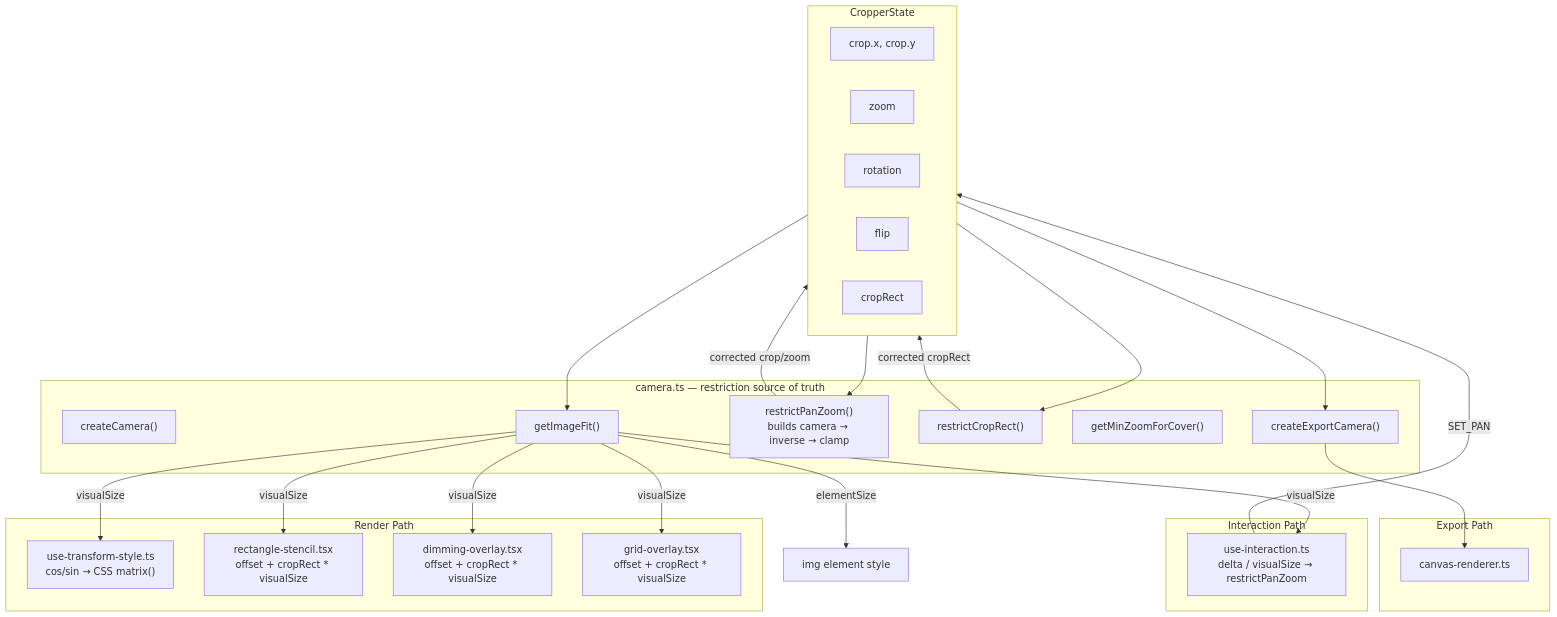
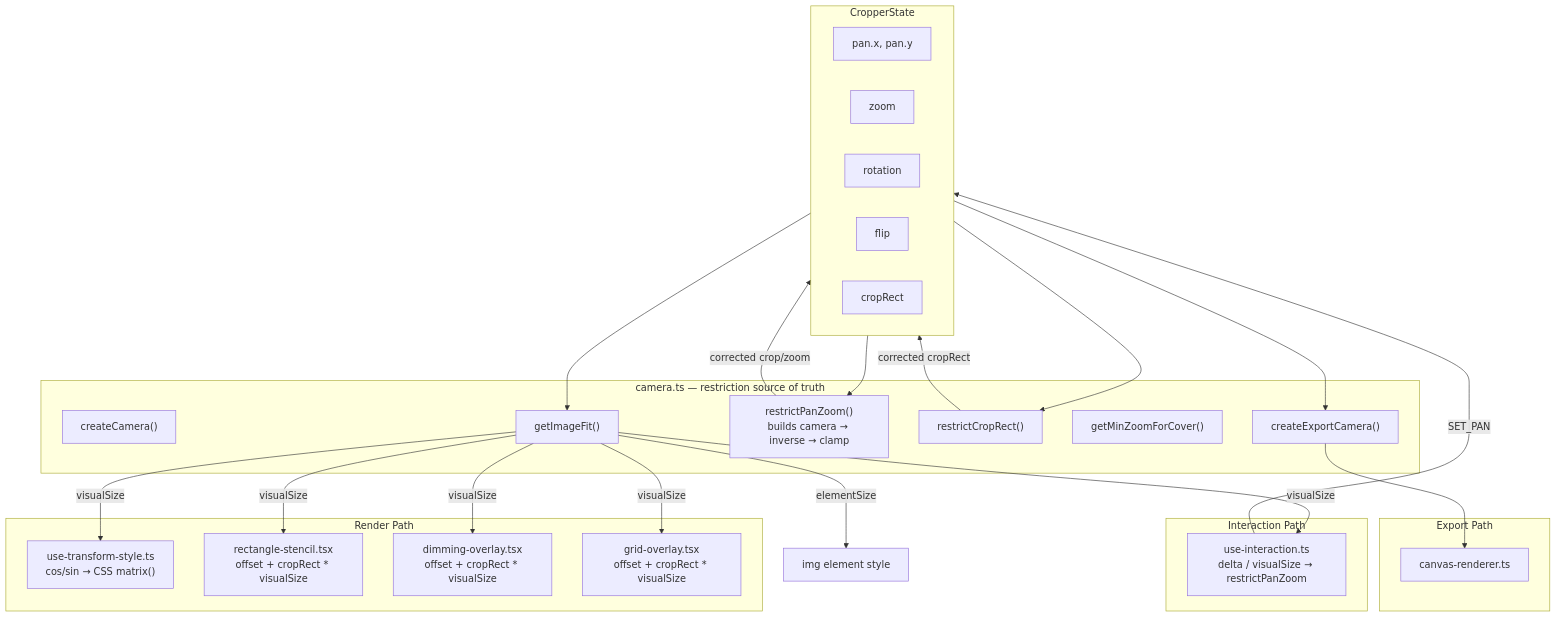
Before and after one commit to ramonjd/gutenberg: the diagram in packages/media-editor/src/image-editor/docs/architecture.md, drawn with Mermaid. The commit also changed 2 other files, not shown here.

Commit message:
docs(media-editor): clean up remaining crop→pan and a11y drift
Three stale spots left from earlier renames:
- README type summary listed `crop` instead of `pan` in
  CropperState; also added the base-pose fields.
- recipes.md a11y section still described role="application" and
  role="separator" resize handles; updated to reflect role="group"
  on the container and native <button> handles.
- architecture.md state diagram used `crop.x / crop.y`; renamed
  to `pan.x / pan.y`.

````diff
--- a/packages/media-editor/src/image-editor/docs/architecture.md
+++ b/packages/media-editor/src/image-editor/docs/architecture.md
@@ -15,51 +15,51 @@
 ```mermaid
 graph TD
     subgraph State["CropperState"]
-        crop["crop.x, crop.y"]
+        pan["pan.x, pan.y"]
         zoom["zoom"]
         rotation["rotation"]
         flip["flip"]
         cropRect["cropRect"]
     end
 
     subgraph Camera["camera.ts — restriction source of truth"]
         createCamera["createCamera()"]
         getImageFit["getImageFit()"]
         restrictPanZoom["restrictPanZoom()\nbuilds camera → inverse → clamp"]
         restrictCropRect["restrictCropRect()"]
         getMinZoomForCover["getMinZoomForCover()"]
         createExportCamera["createExportCamera()"]
     end
 
     subgraph Rendering["Render Path"]
         useTransformStyle["use-transform-style.ts\ncos/sin → CSS matrix()"]
         stencil["rectangle-stencil.tsx\noffset + cropRect * visualSize"]
         dimming["dimming-overlay.tsx\noffset + cropRect * visualSize"]
         grid["grid-overlay.tsx\noffset + cropRect * visualSize"]
     end
 
     subgraph Interaction["Interaction Path"]
         useInteraction["use-interaction.ts\ndelta / visualSize → restrictPanZoom"]
     end
 
     subgraph Export["Export Path"]
         canvasRenderer["canvas-renderer.ts"]
     end
 
     State --> restrictPanZoom
     State --> restrictCropRect
     restrictPanZoom --> |"corrected crop/zoom"| State
     restrictCropRect --> |"corrected cropRect"| State
 
     State --> getImageFit
     getImageFit --> |"elementSize"| imgStyle["img element style"]
     getImageFit --> |"visualSize"| stencil
     getImageFit --> |"visualSize"| dimming
     getImageFit --> |"visualSize"| grid
     getImageFit --> |"visualSize"| useInteraction
     getImageFit --> |"visualSize"| useTransformStyle
 
     useInteraction --> |"SET_PAN"| State
 
     State --> createExportCamera --> canvasRenderer
 ```
````
